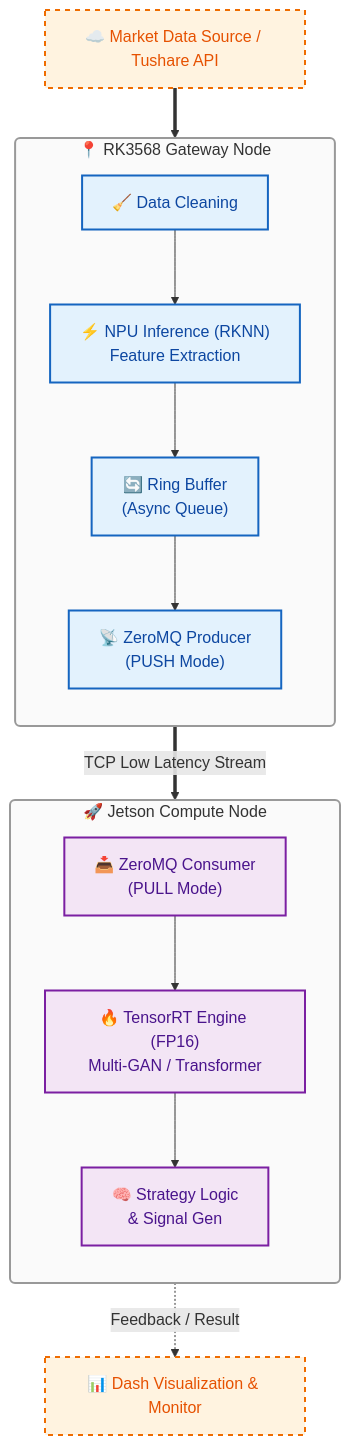
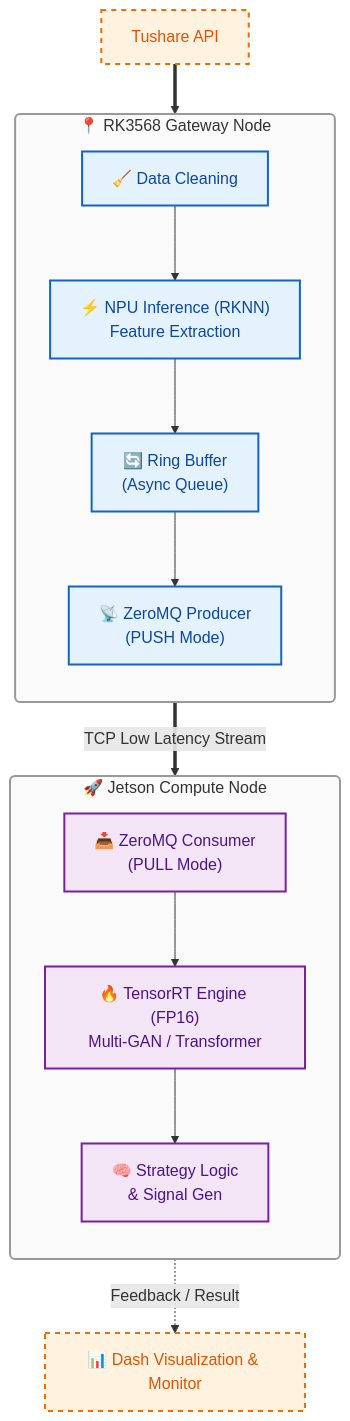
Before and after one commit to WNPPP0114/HEQIS: the first of 2 diagrams in README.md, drawn with Mermaid.

````diff
--- a/README.md
+++ b/README.md
@@ -6,51 +6,52 @@
 ```mermaid
 graph TD
     %% 全局样式设置
     classDef default fill:#fff,stroke:#333,stroke-width:1px,color:#000;
     classDef cluster fill:#fafafa,stroke:#999,stroke-width:2px,rx:5,ry:5;
     classDef gateway fill:#e3f2fd,stroke:#1565c0,stroke-width:2px,color:#0d47a1;
     classDef compute fill:#f3e5f5,stroke:#7b1fa2,stroke-width:2px,color:#4a148c;
     classDef external fill:#fff3e0,stroke:#ef6c00,stroke-width:2px,stroke-dasharray: 5 5,color:#e65100;
 
     %% 外部输入
-    Input["☁️ Market Data Source / Tushare API"]:::external
+    Input["☁️ Market Data Source"]:::external
+    Input["Tushare API"]:::external
 
     %% RK3568 网关节点
     subgraph Gateway_Node ["📍 RK3568 Gateway Node"]
         direction TB
         Cleaner["🧹 Data Cleaning"]:::gateway
         NPU_Feat["⚡ NPU Inference (RKNN)<br/>Feature Extraction"]:::gateway
         RingBuf["🔄 Ring Buffer<br/>(Async Queue)"]:::gateway
         ZMQ_Push["📡 ZeroMQ Producer<br/>(PUSH Mode)"]:::gateway
     end
 
     %% Jetson 计算节点
     subgraph Compute_Node ["🚀 Jetson Compute Node"]
         direction TB
         ZMQ_Pull["📥 ZeroMQ Consumer<br/>(PULL Mode)"]:::compute
         TRT_Eng["🔥 TensorRT Engine (FP16)<br/>Multi-GAN / Transformer"]:::compute
         Signal["🧠 Strategy Logic<br/>& Signal Gen"]:::compute
     end
 
     %% UI层
     UI["📊 Dash Visualization & Monitor"]:::external
 
     %% 连线逻辑
     Input ==> Cleaner
     Cleaner --> NPU_Feat
     NPU_Feat --> RingBuf
     RingBuf --> ZMQ_Push
 
     %% 跨设备通信
     ZMQ_Push == "TCP Low Latency Stream" ==> ZMQ_Pull
 
     %% 计算节点流程
     ZMQ_Pull --> TRT_Eng
     TRT_Eng --> Signal
 
     %% 结果回传
     Signal -.->|Feedback / Result| UI
 
     %% 应用样式
     class Gateway_Node,Compute_Node cluster;
 ```
````
